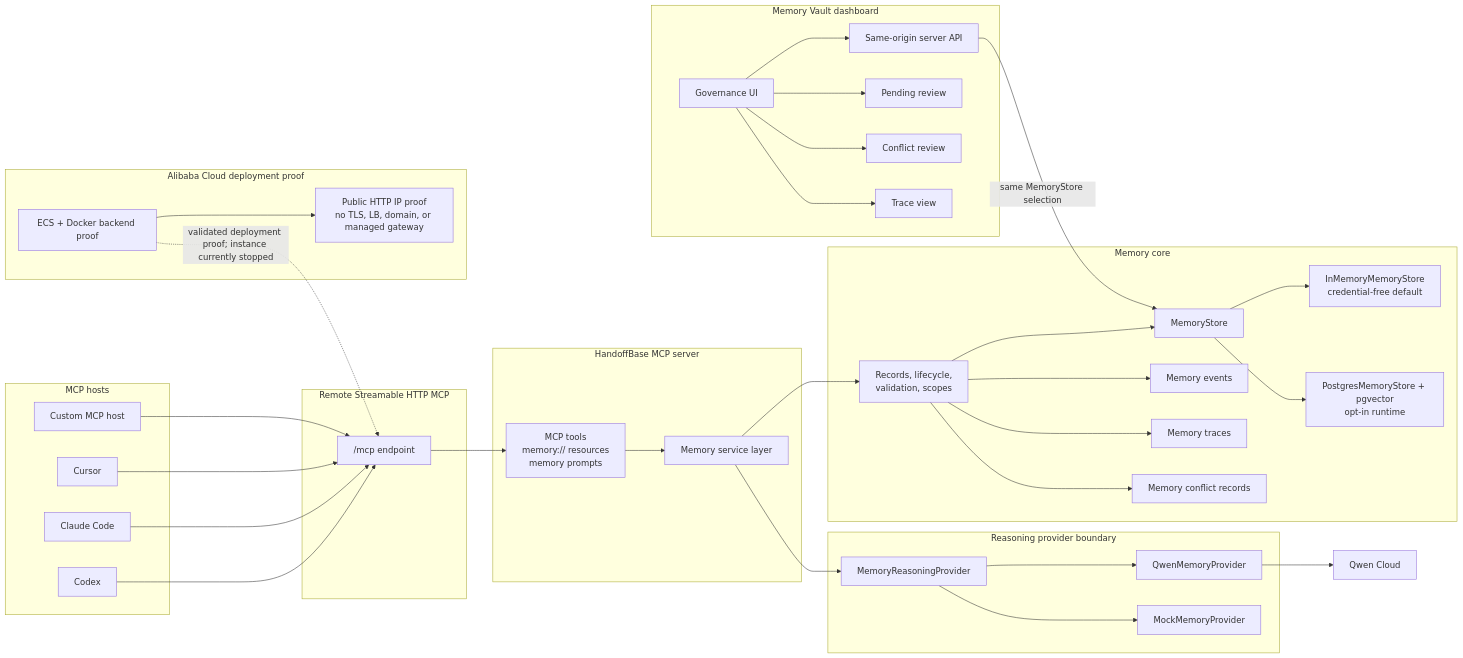
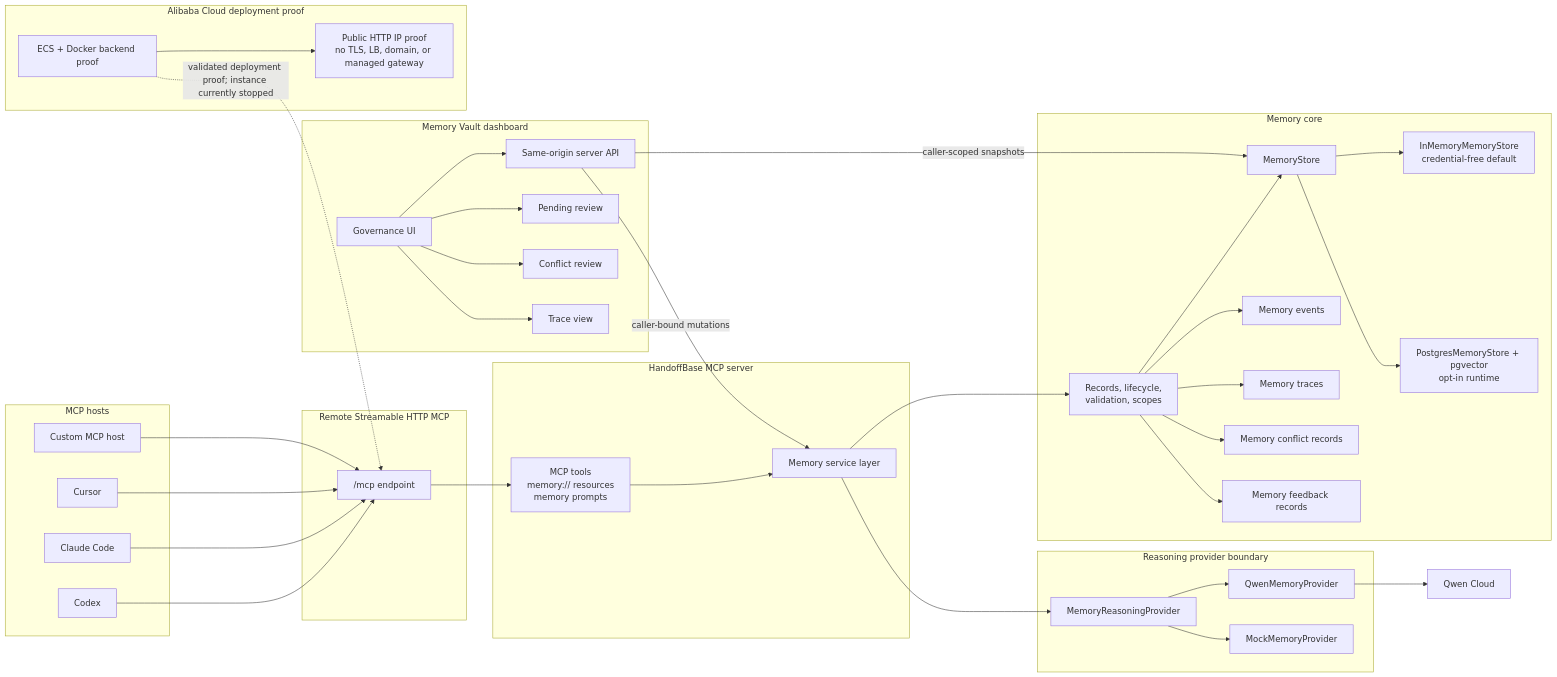
Before and after one commit to jensonChow/handoffbase: the diagram in docs/assets/architecture.mmd, drawn with Mermaid. The commit also changed 100 other files, not shown here.

```diff
--- a/docs/assets/architecture.mmd
+++ b/docs/assets/architecture.mmd
@@ -1,74 +1,77 @@
 flowchart LR
   subgraph Hosts["MCP hosts"]
     Codex["Codex"]
     Claude["Claude Code"]
     Cursor["Cursor"]
     Custom["Custom MCP host"]
   end
 
   subgraph Remote["Remote Streamable HTTP MCP"]
     Endpoint["/mcp endpoint"]
   end
 
   subgraph ServerLayer["HandoffBase MCP server"]
     Surface["MCP tools<br/>memory:// resources<br/>memory prompts"]
     Service["Memory service layer"]
   end
 
   subgraph ProviderLayer["Reasoning provider boundary"]
     ProviderBoundary["MemoryReasoningProvider"]
     QwenProvider["QwenMemoryProvider"]
     MockProvider["MockMemoryProvider"]
   end
 
   subgraph CoreLayer["Memory core"]
     Core["Records, lifecycle,<br/>validation, scopes"]
     Store["MemoryStore"]
     InMemory["InMemoryMemoryStore<br/>credential-free default"]
     Postgres["PostgresMemoryStore + pgvector<br/>opt-in runtime"]
     Events["Memory events"]
     Trace["Memory traces"]
     Conflicts["Memory conflict records"]
+    Feedback["Memory feedback records"]
   end
 
   subgraph DashboardLayer["Memory Vault dashboard"]
     Dashboard["Governance UI"]
     DashboardAPI["Same-origin server API"]
     Pending["Pending review"]
     ConflictReview["Conflict review"]
     TraceView["Trace view"]
   end
 
   subgraph CloudProof["Alibaba Cloud deployment proof"]
     ECS["ECS + Docker backend proof"]
     Limits["Public HTTP IP proof<br/>no TLS, LB, domain, or managed gateway"]
   end
 
   Codex --> Endpoint
   Claude --> Endpoint
   Cursor --> Endpoint
   Custom --> Endpoint
   Endpoint --> Surface
   Surface --> Service
 
   Service --> ProviderBoundary
   ProviderBoundary --> QwenProvider
   ProviderBoundary --> MockProvider
   QwenProvider --> QwenCloud["Qwen Cloud"]
 
   Service --> Core
   Core --> Store
   Store --> InMemory
   Store --> Postgres
   Core --> Events
   Core --> Trace
   Core --> Conflicts
+  Core --> Feedback
 
   Dashboard --> DashboardAPI
-  DashboardAPI -->|same MemoryStore selection| Store
+  DashboardAPI -->|caller-bound mutations| Service
+  DashboardAPI -->|caller-scoped snapshots| Store
   Dashboard --> Pending
   Dashboard --> ConflictReview
   Dashboard --> TraceView
 
   ECS -. "validated deployment proof; instance currently stopped" .-> Endpoint
   ECS --> Limits
```
